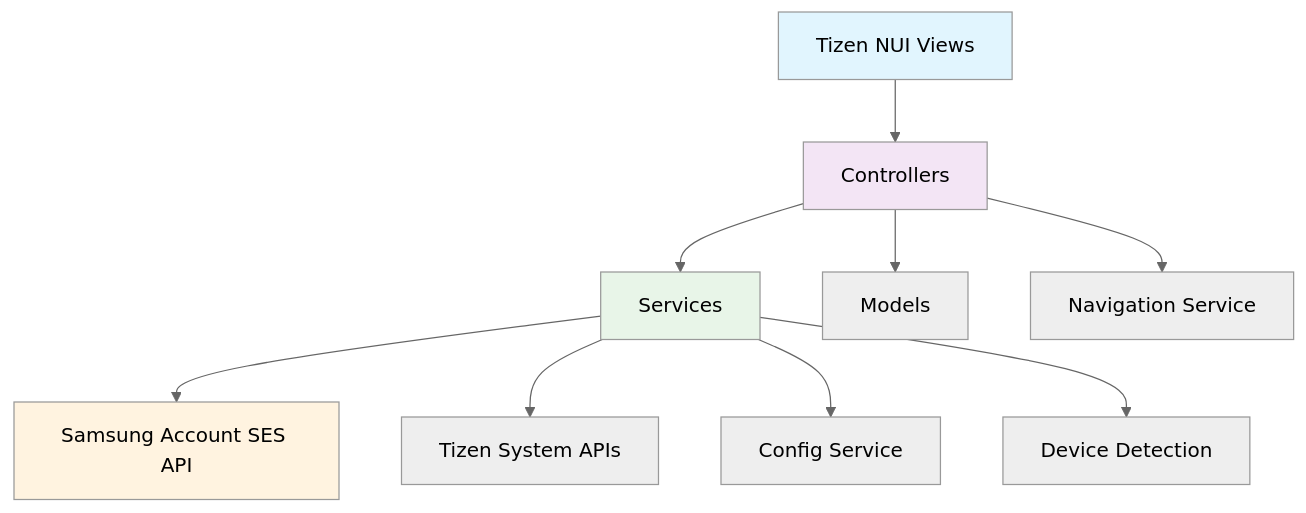
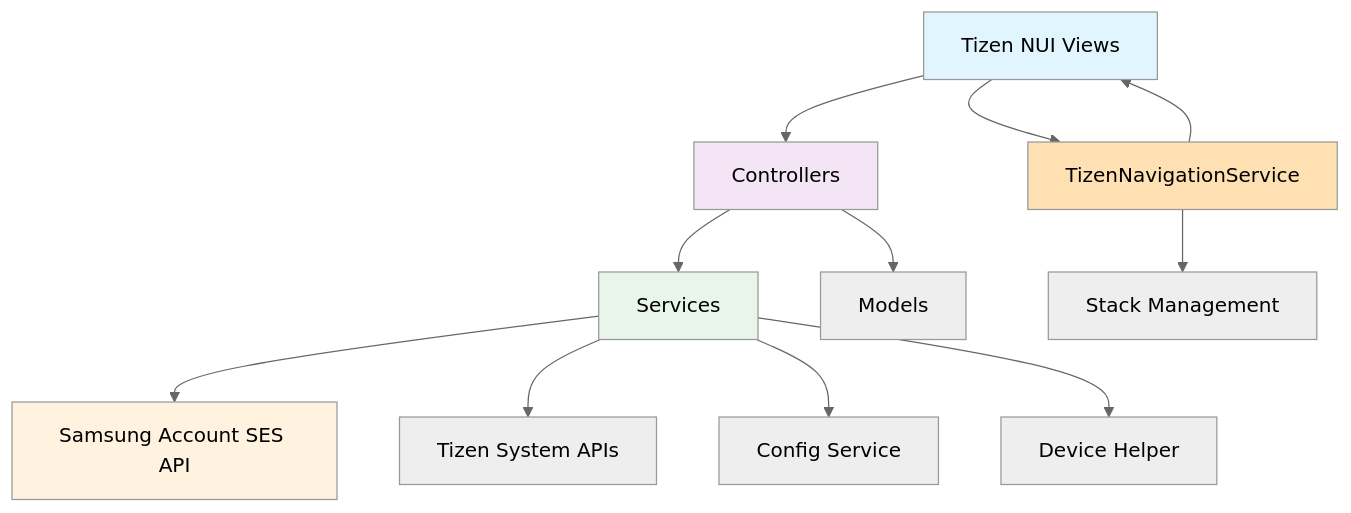
Before and after one commit to ashuksingh11/sa-ui: the diagram in docs/README.md, drawn with Mermaid (neutral theme). The commit also changed other lines of this file and 22 other files, not shown here.

````diff
--- a/docs/README.md
+++ b/docs/README.md
@@ -123,18 +121,21 @@
 ```mermaid
 graph TB
     A[Tizen NUI Views] --> B[Controllers]
     B --> C[Services]
     C --> D[Samsung Account SES API]
     C --> E[Tizen System APIs]
     
     B --> F[Models]
-    B --> G[Navigation Service]
+    A --> G[TizenNavigationService]
+    G --> A
     
     C --> H[Config Service]
-    C --> I[Device Detection]
+    C --> I[Device Helper]
+    G --> J[Stack Management]
     
     style A fill:#e1f5fe
     style B fill:#f3e5f5
     style C fill:#e8f5e8
     style D fill:#fff3e0
+    style G fill:#ffe0b2
 ```
````
